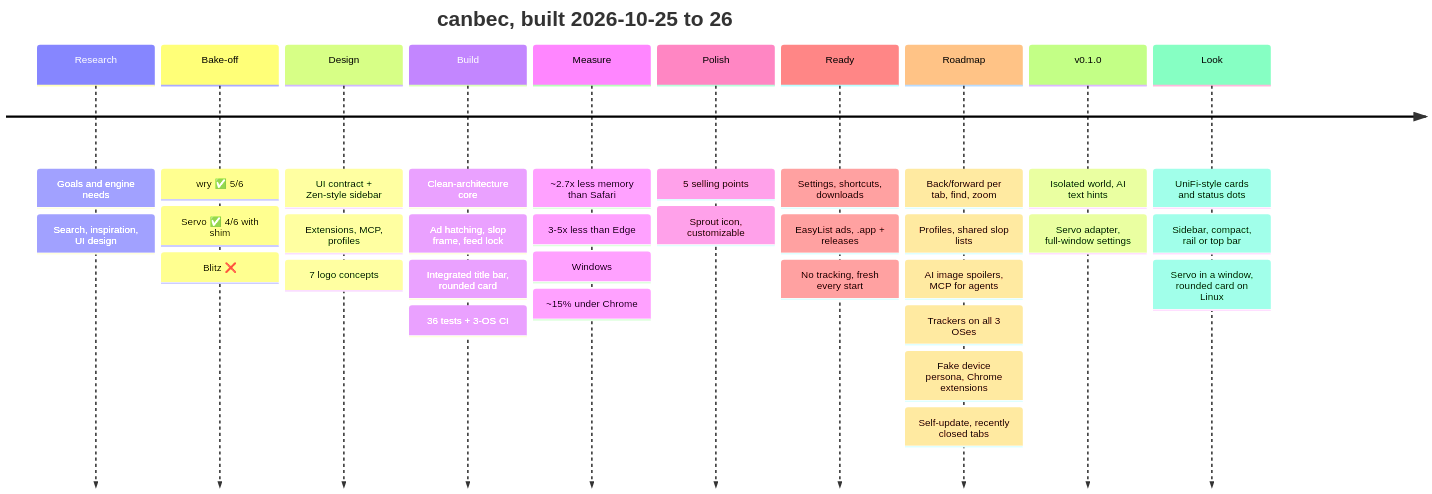
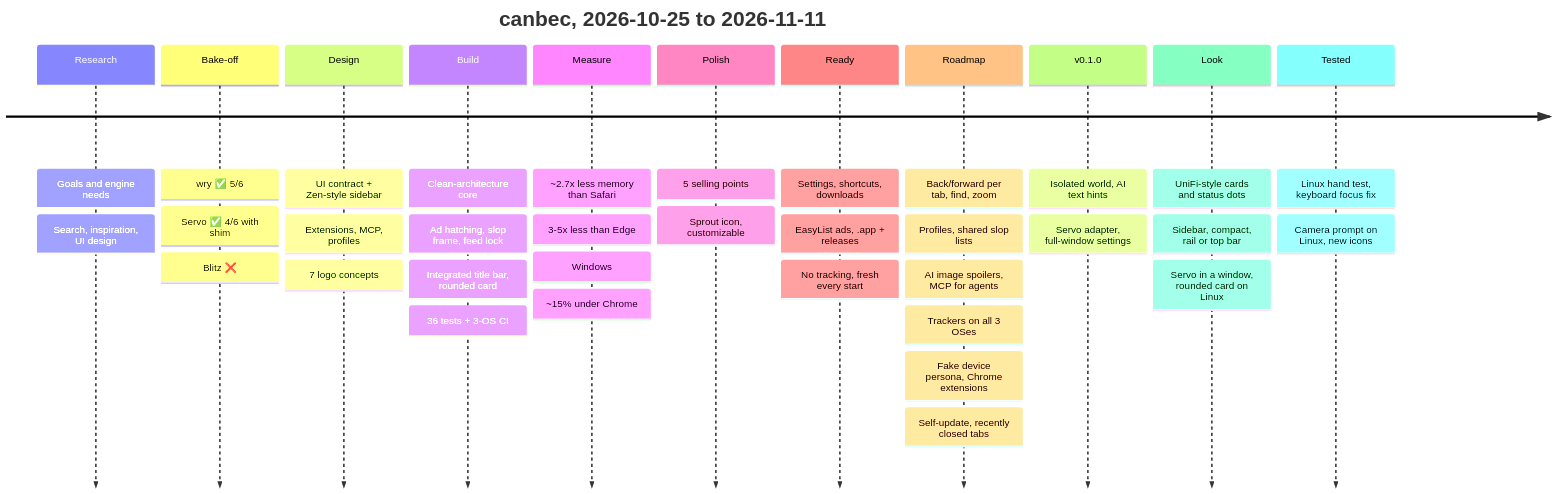
One commit to Cod3rs-org/canbec changed the diagram in README.md. Above: the diagram before and after it, drawn with Mermaid. The commit also changed other lines of this file and 34 other files, not shown here.

````diff
--- a/README.md
+++ b/README.md
@@ -95,35 +101,37 @@
 ```mermaid
 timeline
-    title canbec, built 2026-10-25 to 26
+    title canbec, 2026-10-25 to 2026-11-11
     Research : Goals and engine needs
              : Search, inspiration, UI design
     Bake-off : wry ✅ 5/6
              : Servo ✅ 4/6 with shim
              : Blitz ❌
     Design   : UI contract + Zen-style sidebar
              : Extensions, MCP, profiles
              : 7 logo concepts
     Build    : Clean-architecture core
              : Ad hatching, slop frame, feed lock
              : Integrated title bar, rounded card
              : 36 tests + 3-OS CI
     Measure  : ~2.7x less memory than Safari
              : 3-5x less than Edge
              : Windows: ~15% under Chrome
     Polish   : 5 selling points
              : Sprout icon, customizable
     Ready    : Settings, shortcuts, downloads
              : EasyList ads, .app + releases
              : No tracking, fresh every start
     Roadmap  : Back/forward per tab, find, zoom
              : Profiles, shared slop lists
              : AI image spoilers, MCP for agents
              : Trackers on all 3 OSes
              : Fake device persona, Chrome extensions
              : Self-update, recently closed tabs
     v0.1.0   : Isolated world, AI text hints
              : Servo adapter, full-window settings
     Look     : UniFi-style cards and status dots
              : Sidebar, compact, rail or top bar
              : Servo in a window, rounded card on Linux
+    Tested   : Linux hand test, keyboard focus fix
+             : Camera prompt on Linux, new icons
 ```
````
